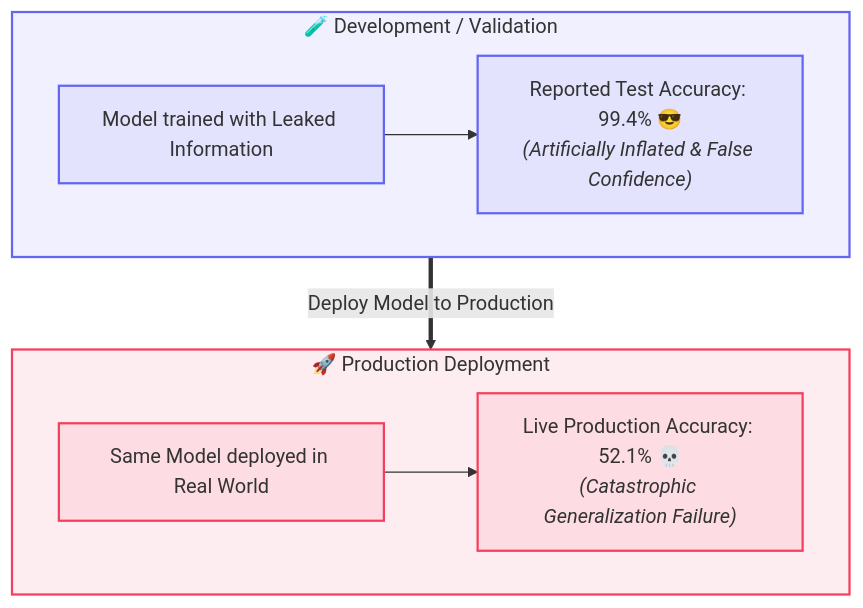
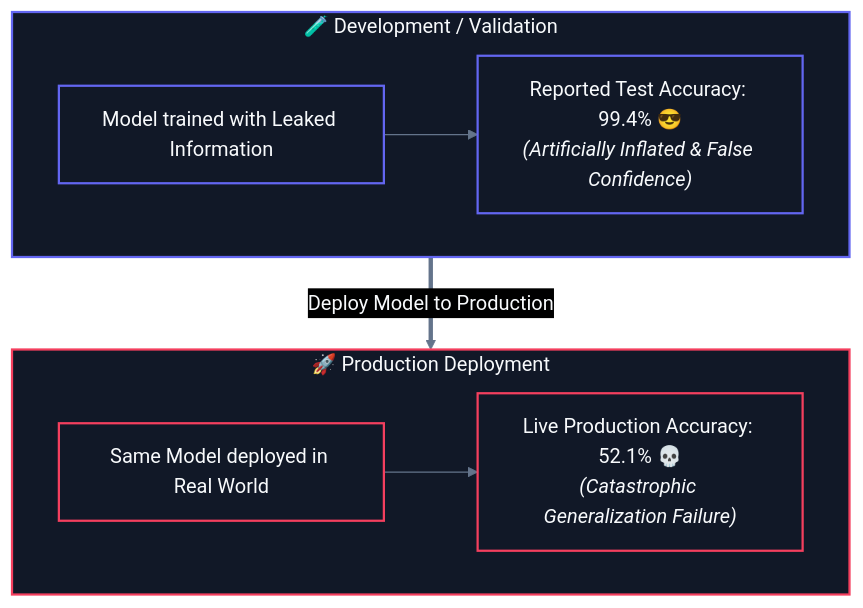
The second of 6 diagrams in CS/AI & ML/02. Data Preprocessing/01. Data Leakage.md (abhinavbharti2345/CS_Notes), drawn with Mermaid before and after one commit. The commit also changed other lines of this file and 195 other files, not shown here.

````diff
--- a/CS/AI & ML/02. Data Preprocessing/01. Data Leakage.md
+++ b/CS/AI & ML/02. Data Preprocessing/01. Data Leakage.md
@@ -49,17 +50,18 @@
 ```mermaid
+%%{init: {'theme': 'base', 'themeVariables': { 'darkMode': true, 'background': '#0B0F14', 'mainBkg': '#111827', 'primaryColor': '#111827', 'primaryTextColor': '#F8FAFC', 'primaryBorderColor': '#38BDF8', 'lineColor': '#64748B', 'secondaryColor': '#0B0F14', 'tertiaryColor': '#0B0F14', 'clusterBkg': '#0B0F14', 'clusterBorder': '#38BDF8' }}}%%
 flowchart TD
     subgraph Dev ["🧪 Development / Validation"]
         M1["Model trained with Leaked Information"] --> R1["Reported Test Accuracy: 99.4% 😎<br/><i>(Artificially Inflated & False Confidence)</i>"]
     end
 
     subgraph Prod ["🚀 Production Deployment"]
         M2["Same Model deployed in Real World"] --> R2["Live Production Accuracy: 52.1% 💀<br/><i>(Catastrophic Generalization Failure)</i>"]
     end
 
     Dev ==>|"Deploy Model to Production"| Prod
 
-    classDef dev fill:#6366f118,stroke:#6366f1,stroke-width:1.8px;
-    classDef prod fill:#f43f5e18,stroke:#f43f5e,stroke-width:1.8px;
+    classDef dev fill:#111827,stroke:#6366f1,stroke-width:1.8px,color:#F8FAFC;
+    classDef prod fill:#111827,stroke:#f43f5e,stroke-width:1.8px,color:#F8FAFC;
     class Dev,M1,R1 dev;
     class Prod,M2,R2 prod;
 ```
````
